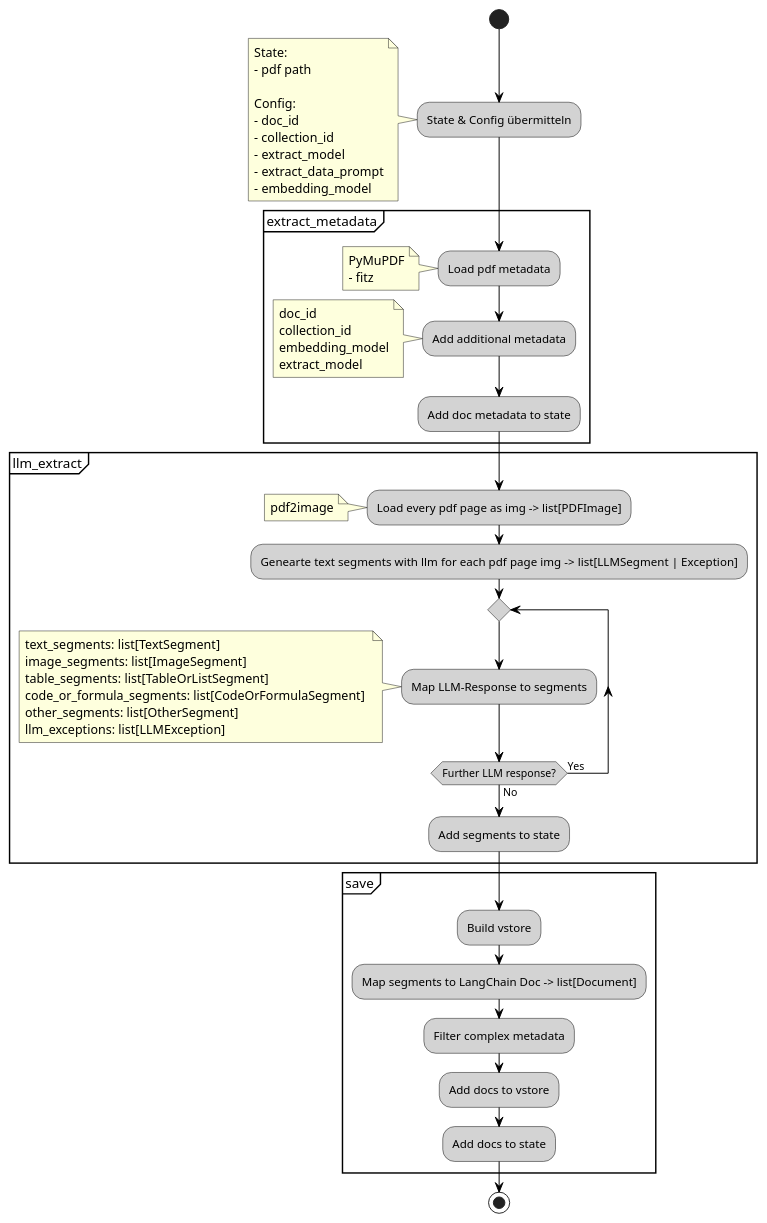
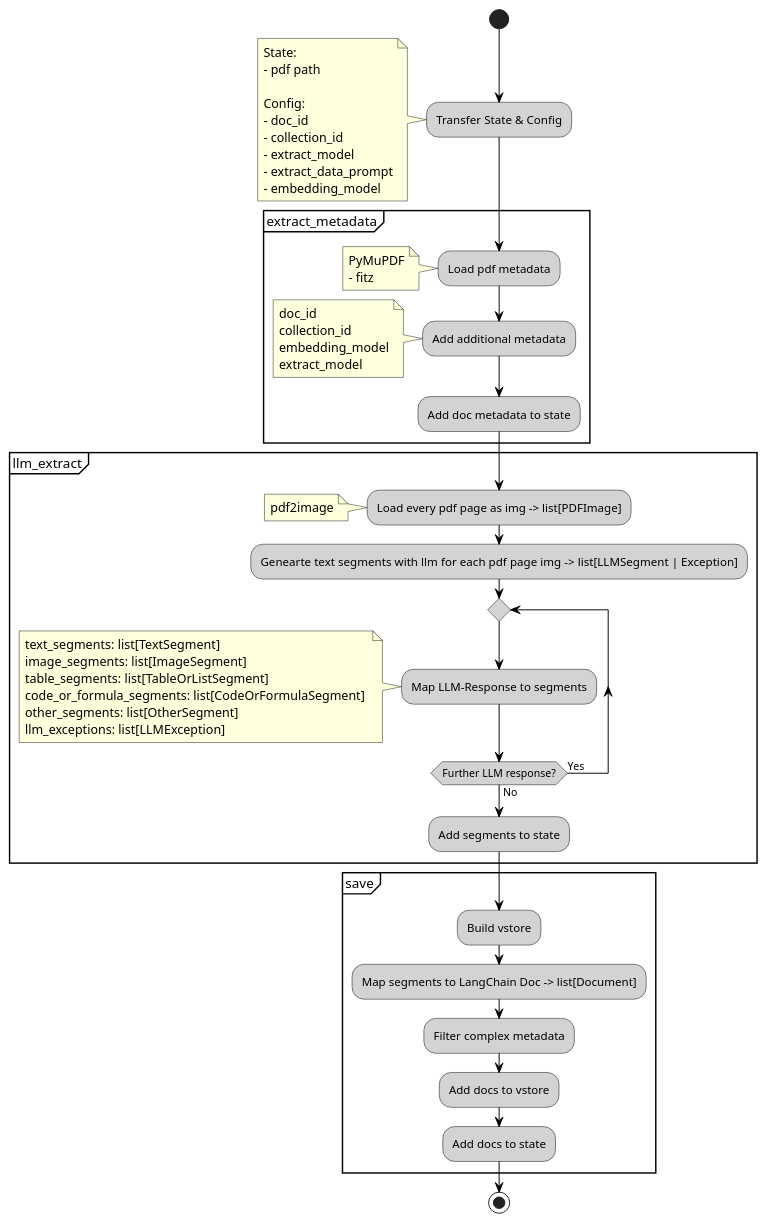
The diagram in docs/index_llm_graph.puml (LJackson412/rag-core), drawn with PlantUML before and after one commit. The commit also changed 2 other files, not shown here.

Commit message:
update plant uml

```diff
--- a/docs/index_llm_graph.puml
+++ b/docs/index_llm_graph.puml
@@ -1,80 +1,81 @@
 @startuml
 skinparam backgroundColor transparent
 skinparam shadowing false
 skinparam arrowColor black
 skinparam activityBackgroundColor lightgrey
 skinparam activityBorderColor black
 
 start
 
-:State & Config übermitteln;
+
+:Transfer State & Config;
     note left
         State:
         - pdf path
 
         Config:
         - doc_id
         - collection_id
         - extract_model
         - extract_data_prompt
         - embedding_model
     end note
 
 partition "extract_metadata" {
    
 :Load pdf metadata;
     note left
         PyMuPDF
         - fitz
     end note
 :Add additional metadata;
     note left
         doc_id
         collection_id
         embedding_model
         extract_model
     end note
 :Add doc metadata to state;
        
 }
 
 
 partition "llm_extract" {
    
 :Load every pdf page as img -> list[PDFImage];
     note left
         pdf2image
     end note
 :Genearte  text segments with llm for each pdf page img -> list[LLMSegment | Exception];
 
 repeat 
 
 :Map LLM-Response to segments;
     note left
         text_segments: list[TextSegment] 
         image_segments: list[ImageSegment]
         table_segments: list[TableOrListSegment] 
         code_or_formula_segments: list[CodeOrFormulaSegment] 
         other_segments: list[OtherSegment]
         llm_exceptions: list[LLMException] 
     end note
 
 repeat while (Further LLM response?) is (Yes) not (No)
 
 :Add segments to state;
 
 }
 
 partition "save" {
    
 :Build vstore;
 :Map segments to LangChain Doc -> list[Document];
 :Filter complex metadata;
 :Add docs to vstore;
 :Add docs to state;
         
 }
 
 
 stop
 @enduml
```
